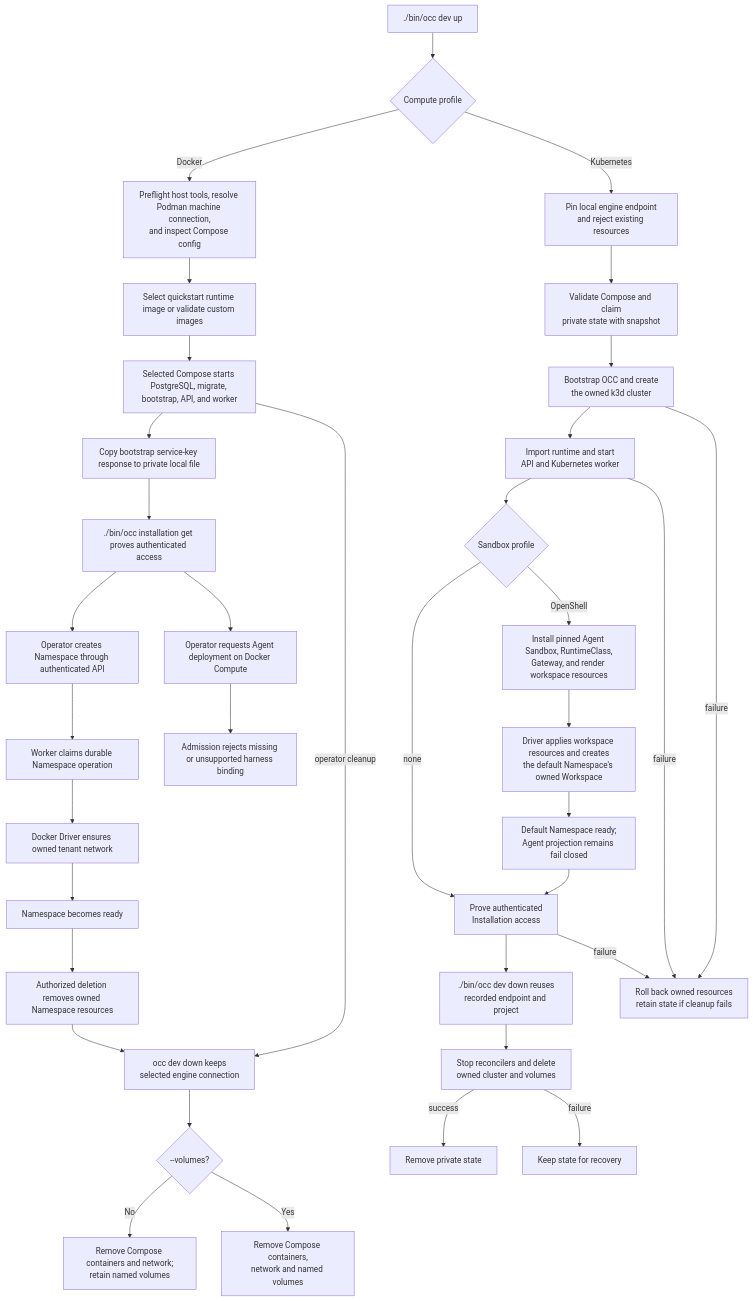
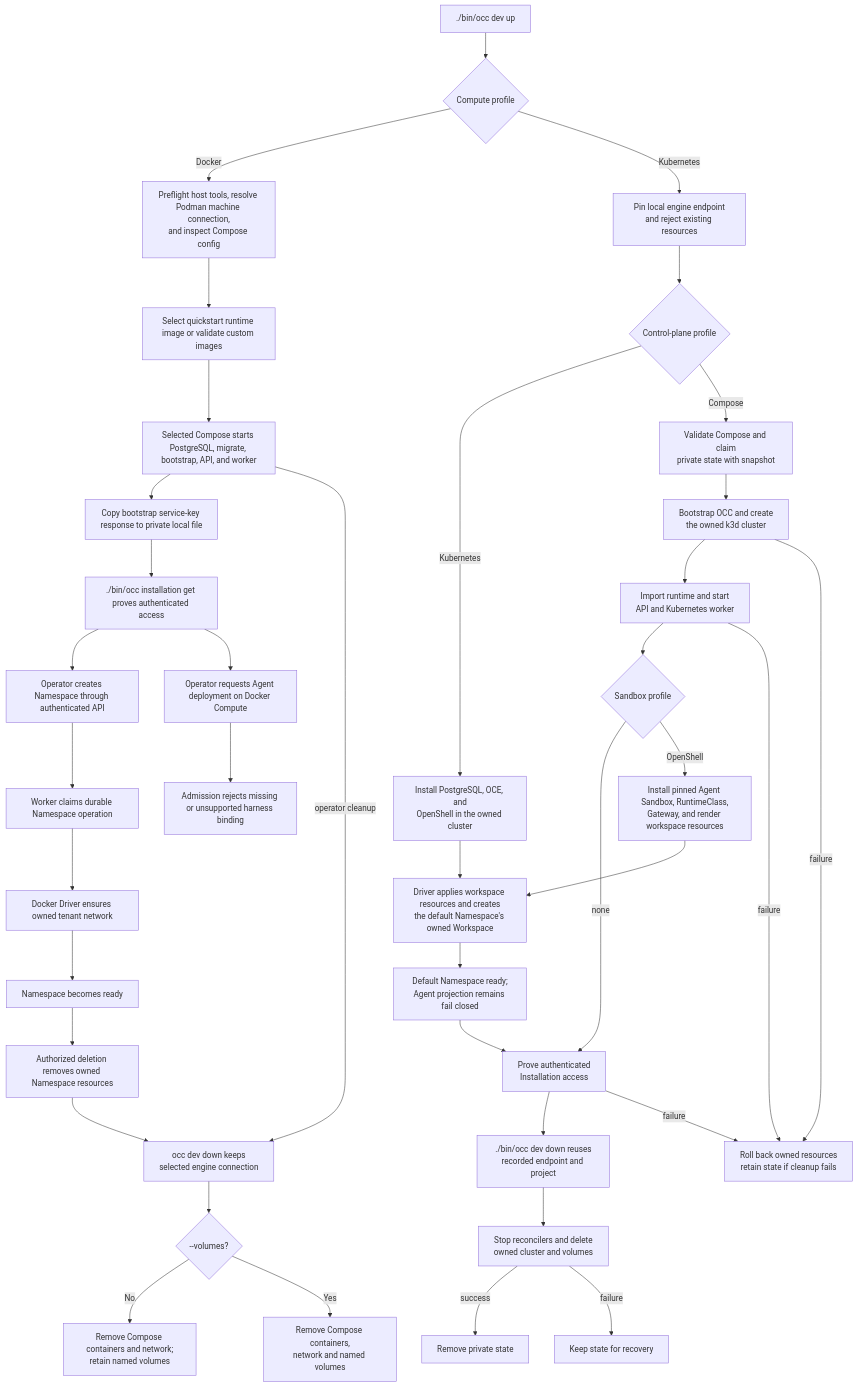
The diagram in docs/flows/docker-compose-development.md (IsaiahStapleton/openclaw-enterprise), drawn with Mermaid before and after one commit. The commit also changed other lines of this file and 12 other files, not shown here.

Commit message:
feat(dev): support Compose control plane with OpenShell

````diff
--- a/docs/flows/docker-compose-development.md
+++ b/docs/flows/docker-compose-development.md
@@ -50,39 +53,42 @@
 ```mermaid
 graph TD
   A["./bin/occ dev up"] --> Profile{"Compute profile"}
   Profile -->|Docker| B["Preflight host tools, resolve Podman machine connection,<br/>and inspect Compose config"]
   Profile -->|Kubernetes| KPre["Pin local engine endpoint<br/>and reject existing resources"]
-  KPre --> KConfig["Validate Compose and claim<br/>private state with snapshot"]
+  KPre --> KControl{"Control-plane profile"}
+  KControl -->|Kubernetes| KOnly["Install PostgreSQL, OCE, and<br/>OpenShell in the owned cluster"]
+  KOnly --> KWorkspace
+  KControl -->|Compose| KConfig["Validate Compose and claim<br/>private state with snapshot"]
   KConfig --> KStart["Bootstrap OCC and create<br/>the owned k3d cluster"]
   KStart --> KReady["Import runtime and start<br/>API and Kubernetes worker"]
   KReady --> KSandbox{"Sandbox profile"}
   KSandbox -->|none| KProof
   KSandbox -->|OpenShell| KOpenShell["Install pinned Agent Sandbox, RuntimeClass,<br/>Gateway, and render workspace resources"]
   KOpenShell --> KWorkspace["Driver applies workspace resources and creates<br/>the default Namespace's owned Workspace"]
   KWorkspace --> KFailClosed["Default Namespace ready;<br/>Agent projection remains fail closed"]
   KFailClosed --> KProof
   KProof["Prove authenticated<br/>Installation access"]
   KProof --> KDown["./bin/occ dev down reuses<br/>recorded endpoint and project"]
   KStart -->|failure| KRollback["Roll back owned resources<br/>retain state if cleanup fails"]
   KReady -->|failure| KRollback
   KProof -->|failure| KRollback
   KDown --> KRemove["Stop reconcilers and delete<br/>owned cluster and volumes"]
   KRemove -->|success| KDone["Remove private state"]
   KRemove -->|failure| KRetain["Keep state for recovery"]
   B --> C["Select quickstart runtime image or validate custom images"]
   C --> D["Selected Compose starts PostgreSQL, migrate, bootstrap, API, and worker"]
   D --> E["Copy bootstrap service-key response to private local file"]
   E --> F["./bin/occ installation get proves authenticated access"]
   F --> G["Operator creates Namespace through authenticated API"]
   G --> H["Worker claims durable Namespace operation"]
   H --> I["Docker Driver ensures owned tenant network"]
   I --> J["Namespace becomes ready"]
   F --> K["Operator requests Agent deployment on Docker Compute"]
   K --> L["Admission rejects missing or unsupported harness binding"]
   J --> M["Authorized deletion removes owned Namespace resources"]
   D -->|operator cleanup| CDown["occ dev down keeps<br/>selected engine connection"]
   M --> CDown
   CDown --> CVolumes{"--volumes?"}
   CVolumes -->|No| CKeep["Remove Compose containers and network;<br/>retain named volumes"]
   CVolumes -->|Yes| CDelete["Remove Compose containers,<br/>network and named volumes"]
 ```
````
